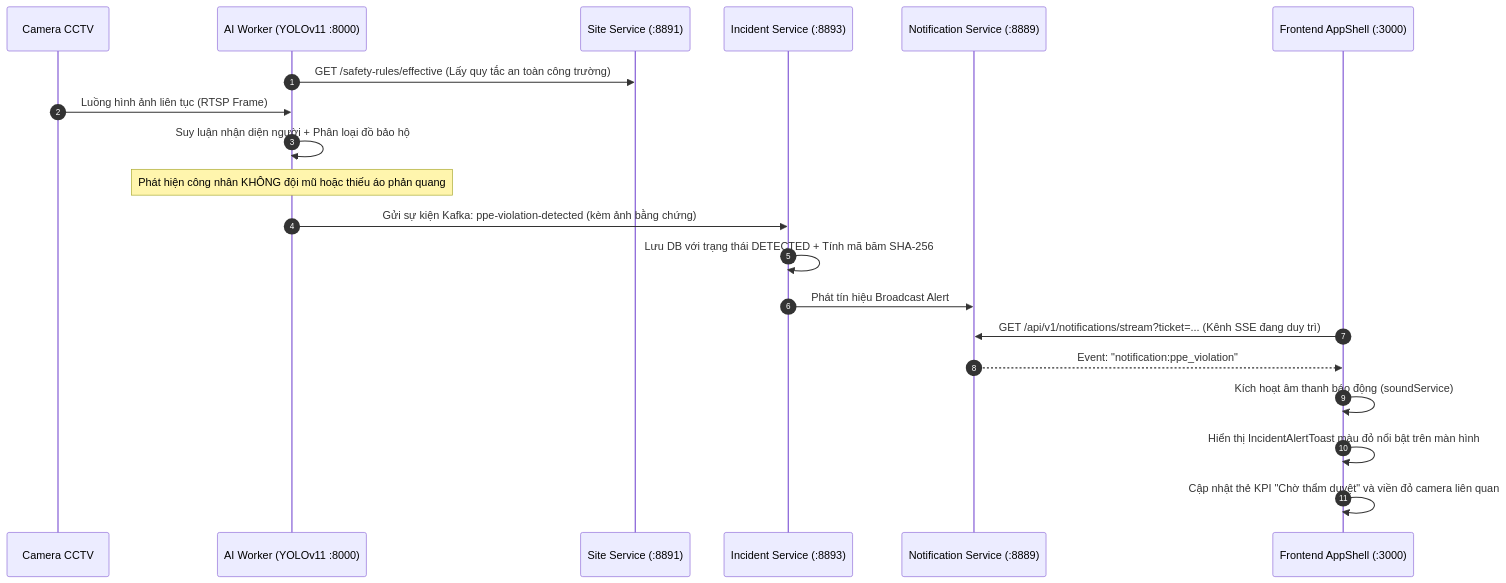
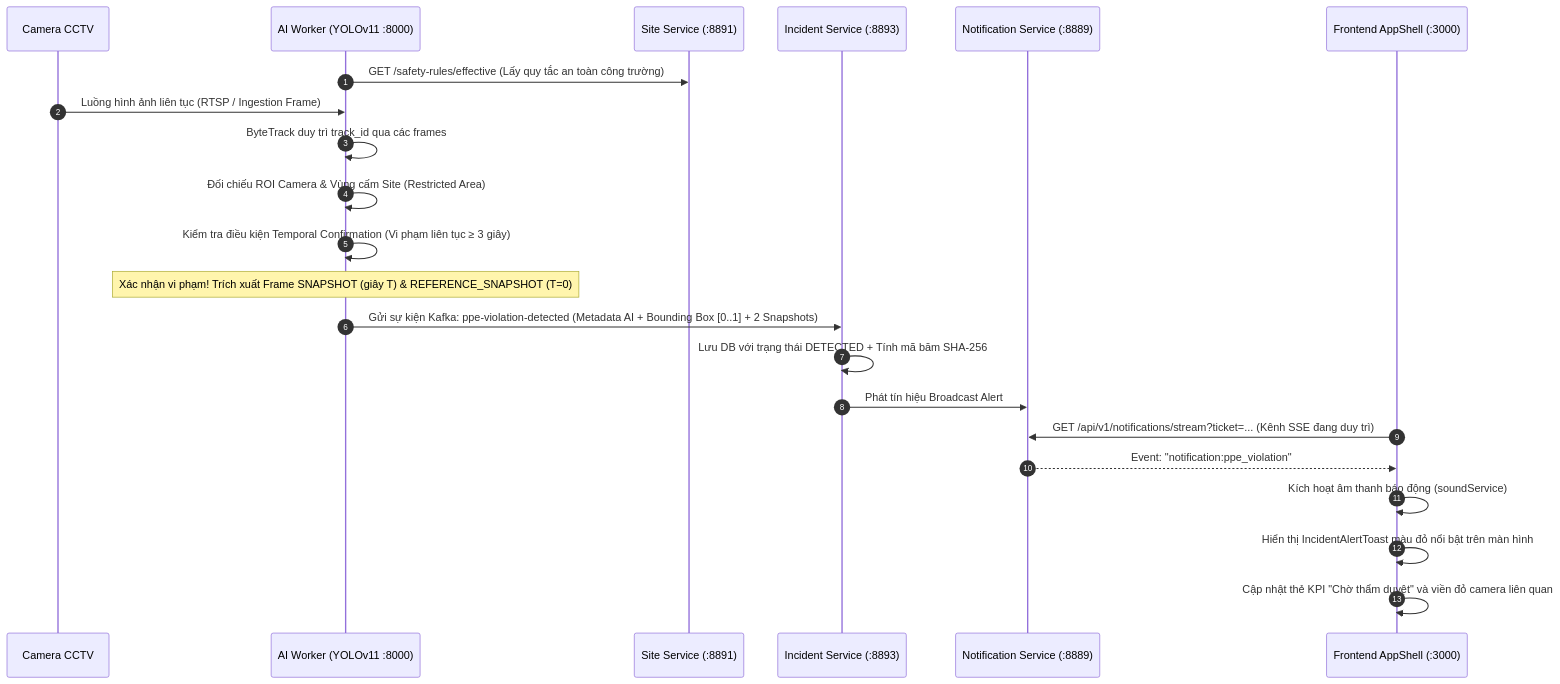
The fifth of 8 diagrams in docs/tester/01-system-overview.md (TraDeThuong/fe-ppe), drawn with Mermaid before and after one commit. The commit also changed other lines of this file and 8 other files, not shown here.

````diff
--- a/docs/tester/01-system-overview.md
+++ b/docs/tester/01-system-overview.md
@@ -156,24 +190,26 @@
 ```mermaid
 sequenceDiagram
     autonumber
     participant Cam as Camera CCTV
     participant AI as AI Worker (YOLOv11 :8000)
     participant SiteSvc as Site Service (:8891)
     participant IncSvc as Incident Service (:8893)
     participant NotifSvc as Notification Service (:8889)
     participant FE as Frontend AppShell (:3000)
 
     AI->>SiteSvc: GET /safety-rules/effective (Lấy quy tắc an toàn công trường)
-    Cam->>AI: Luồng hình ảnh liên tục (RTSP Frame)
-    AI->>AI: Suy luận nhận diện người + Phân loại đồ bảo hộ
-    note over AI: Phát hiện công nhân KHÔNG đội mũ hoặc thiếu áo phản quang
-    AI->>IncSvc: Gửi sự kiện Kafka: ppe-violation-detected (kèm ảnh bằng chứng)
+    Cam->>AI: Luồng hình ảnh liên tục (RTSP / Ingestion Frame)
+    AI->>AI: ByteTrack duy trì track_id qua các frames
+    AI->>AI: Đối chiếu ROI Camera & Vùng cấm Site (Restricted Area)
+    AI->>AI: Kiểm tra điều kiện Temporal Confirmation (Vi phạm liên tục ≥ 3 giây)
+    note over AI: Xác nhận vi phạm! Trích xuất Frame SNAPSHOT (giây T) & REFERENCE_SNAPSHOT (T=0)
+    AI->>IncSvc: Gửi sự kiện Kafka: ppe-violation-detected (Metadata AI + Bounding Box [0..1] + 2 Snapshots)
     IncSvc->>IncSvc: Lưu DB với trạng thái DETECTED + Tính mã băm SHA-256
     IncSvc->>NotifSvc: Phát tín hiệu Broadcast Alert
     
     FE->>NotifSvc: GET /api/v1/notifications/stream?ticket=... (Kênh SSE đang duy trì)
     NotifSvc-->>FE: Event: "notification:ppe_violation"
     FE->>FE: Kích hoạt âm thanh báo động (soundService)
     FE->>FE: Hiển thị IncidentAlertToast màu đỏ nổi bật trên màn hình
     FE->>FE: Cập nhật thẻ KPI "Chờ thẩm duyệt" và viền đỏ camera liên quan
 ```
````
